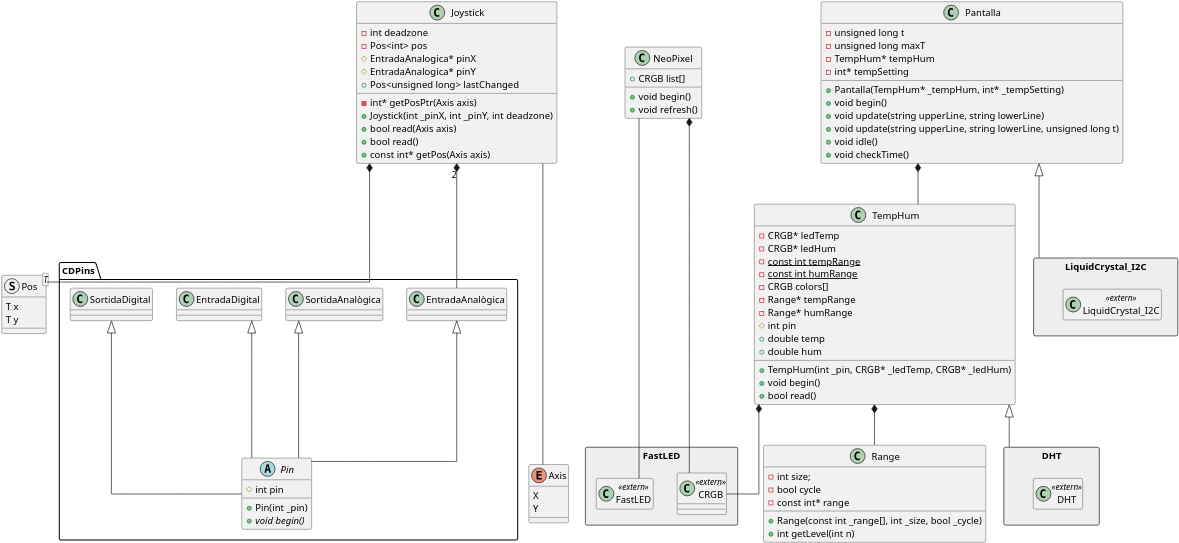
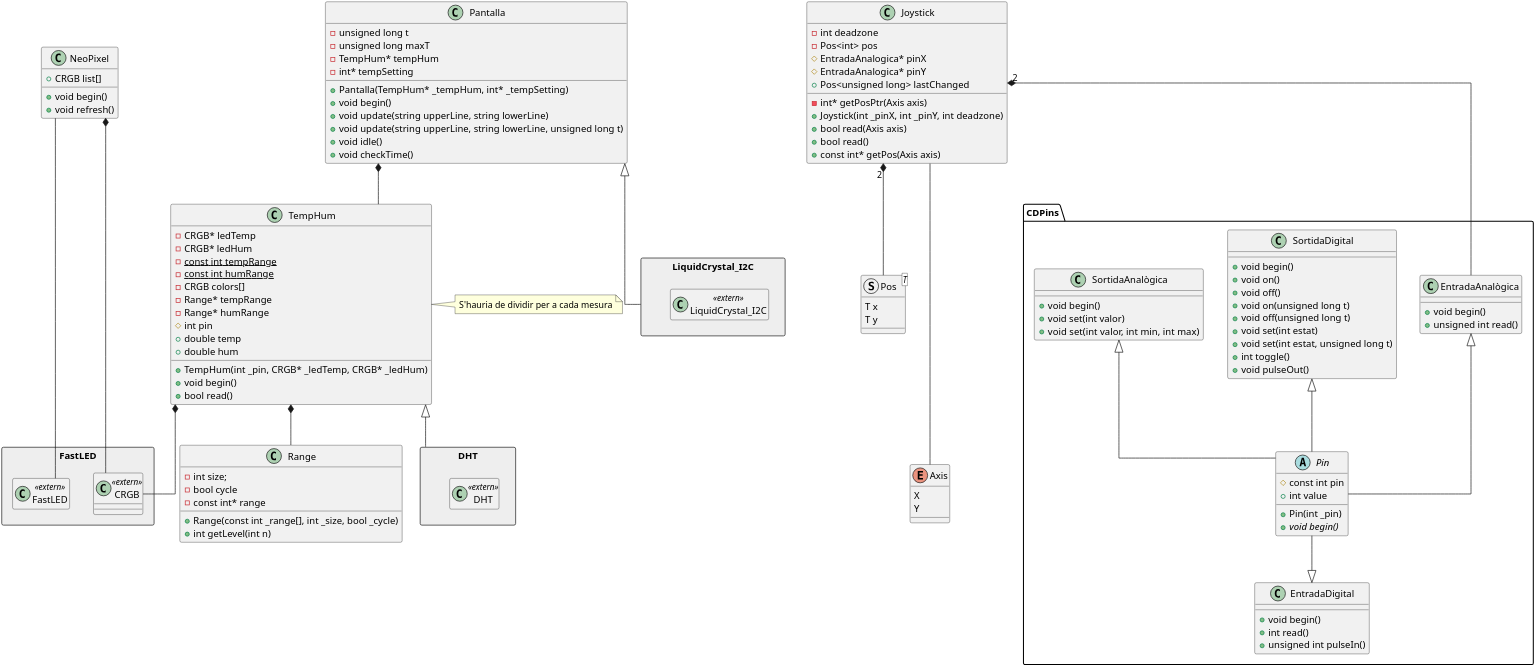
Before and after one commit to alex-touza/casa-domotica: the diagram in diagrams/class_diagram.puml, drawn with PlantUML.

Commit message:
Improved layout and added simplified version option

```diff
--- a/diagrams/class_diagram.puml
+++ b/diagrams/class_diagram.puml
@@ -1,127 +1,167 @@
 @startuml
 skinparam dpi 500
 skinparam linetype ortho
 'https://plantuml.com/class-diagram
 
 set separator ::
 
 abstract class CDPins::Pin{
-    # int pin
+    # const int pin
     + Pin(int _pin)
     + {abstract} void begin()
+    + int value
 }
 
-class CDPins::EntradaAnalògica {}
-class CDPins::SortidaAnalògica {}
-class CDPins::EntradaDigital {}
-class CDPins::SortidaDigital {}
-
-
-struct Pos<T> {
-	T x
-	T y
+class CDPins::EntradaDigital {
+	+ void begin()
+	+ int read()
+	+ unsigned int pulseIn()
 }
 
-enum Axis {
-	X
-	Y
+class CDPins::EntradaAnalògica {
+	+ void begin()
+	+ unsigned int read()
 }
 
-class Joystick {
-    - int deadzone
-    - int* getPosPtr(Axis axis)
-    - Pos<int> pos
-    # EntradaAnalogica* pinX
-    # EntradaAnalogica* pinY
-    + Joystick(int _pinX, int _pinY, int deadzone)
-    + bool read(Axis axis)
-    + bool read()
-    + Pos<unsigned long> lastChanged
-    + const int* getPos(Axis axis)
+class CDPins::SortidaDigital {
+	+ void begin()
+	+ void on()
+	+ void off()
+	+ void on(unsigned long t)
+	+ void off(unsigned long t)
+	+ void set(int estat)
+	+ void set(int estat, unsigned long t)
+	+ int toggle()
+	+ void pulseOut()
+}
+
+class CDPins::SortidaAnalògica {
+	+ void begin()
+	+ void set(int valor)
+	+ void set(int valor, int min, int max)
+}
+
+together {
+	struct Pos<T> {
+    	T x
+    	T y
+    }
+
+    enum Axis {
+    	X
+    	Y
+    }
+
+    class Joystick {
+        - int deadzone
+        - int* getPosPtr(Axis axis)
+        - Pos<int> pos
+        # EntradaAnalogica* pinX
+        # EntradaAnalogica* pinY
+        + Joystick(int _pinX, int _pinY, int deadzone)
+        + bool read(Axis axis)
+        + bool read()
+        + Pos<unsigned long> lastChanged
+        + const int* getPos(Axis axis)
+    }
 }
 
 together {
 	package FastLED <<rectangle>> #EEE {
 		class FastLED <<extern>> {}
 		hide FastLED members
 
 		class CRGB <<extern>> {}
 		hide FastLED members
 	}
 
 
 	class NeoPixel {
 		+ void begin()
 		+ void refresh()
 		+ CRGB list[]
 	}
 }
 
 package DHT <<rectangle>> #EEE {
 	class DHT <<extern>> {}
 	hide DHT members
 }
 
 class Range {
 	- int size;
 	- bool cycle
 	- const int* range
 	+ Range(const int _range[], int _size, bool _cycle)
 	+ int getLevel(int n)
 }
 
 package LiquidCrystal_I2C <<rectangle>> #EEE {
 	class LiquidCrystal_I2C <<extern>> {}
 	hide LiquidCrystal_I2C members
 }
 
 class Pantalla {
 	- unsigned long t
 	- unsigned long maxT
 	- TempHum* tempHum
 	- int* tempSetting
 	+ Pantalla(TempHum* _tempHum, int* _tempSetting)
 	+ void begin()
 	+ void update(string upperLine, string lowerLine)
     + void update(string upperLine, string lowerLine, unsigned long t)
     + void idle()
     + void checkTime()
 }
 
 class TempHum {
 	- CRGB* ledTemp
 	- CRGB* ledHum
 	- {static} const int tempRange
 	- {static} const int humRange
 	- CRGB colors[]
 	- Range* tempRange
 	- Range* humRange
 	# int pin
 	+ TempHum(int _pin, CRGB* _ledTemp, CRGB* _ledHum)
 	+ void begin()
 	+ bool read()
 	+ double temp
 	+ double hum
 }
-
+note right of TempHum
+S'hauria de dividir per a cada mesura
+end note
 EntradaAnalògica <|-- Pin
 SortidaAnalògica <|-- Pin
-EntradaDigital <|-- Pin
+EntradaDigital <|-up- Pin
 SortidaDigital <|-- Pin
 
 Joystick "2" *-- EntradaAnalògica
-Joystick *-- Pos
+Joystick "2" *-- Pos
 Joystick --- Axis
 
 NeoPixel *-- FastLED::CRGB
 NeoPixel --- FastLED::FastLED
 
 Pantalla <|-- LiquidCrystal_I2C
 Pantalla *-- TempHum
 
 TempHum <|-- DHT
 TempHum *-- Range
 TempHum *-- CRGB
 
+'hide NeoPixel members
+'hide Pantalla members
+'hide TempHum members
+'hide Range members
+'hide Joystick members
+'hide EntradaDigital members
+'hide SortidaDigital members
+'hide EntradaAnalògica members
+'hide SortidaAnalògica members
+'hide Pin members
+'hide Pos members
+'hide Axis members
 
 @enduml
```
